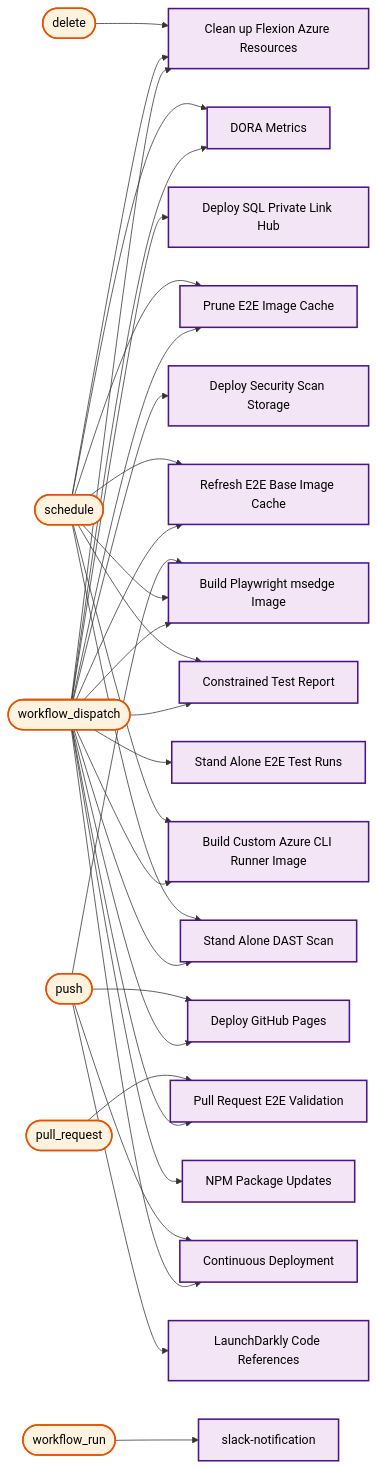
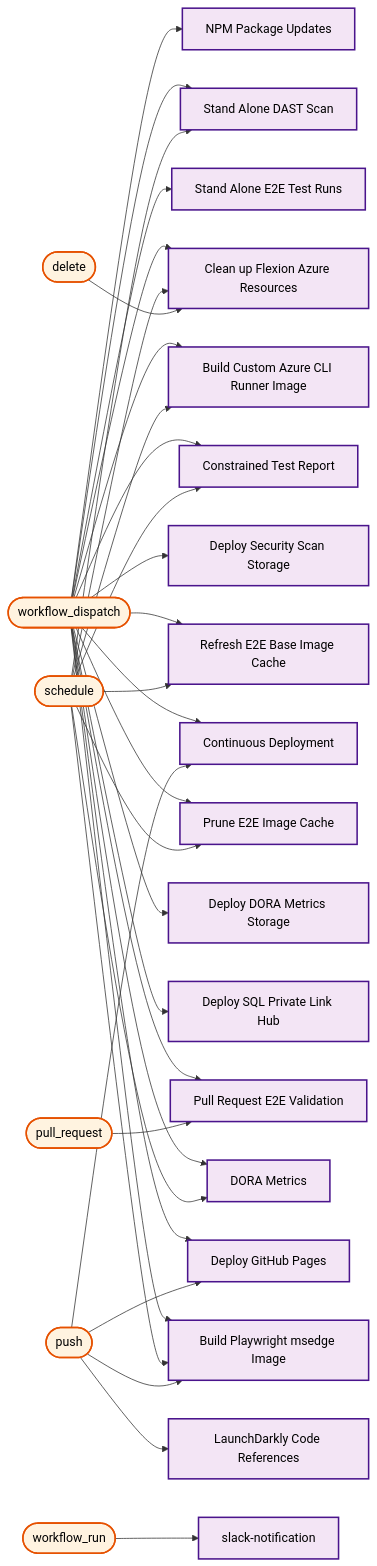
Diagram 28 of 28 in docs/operations/workflow-diagram.md (US-Trustee-Program/Bankruptcy-Oversight-Support-Systems), drawn with Mermaid before and after one commit. The commit also changed other lines of this file and 1 other file, not shown here.

```diff
--- a/docs/operations/workflow-diagram.md
+++ b/docs/operations/workflow-diagram.md
@@ -1383,6 +1406,7 @@
 flowchart LR
     trigger_workflow_dispatch(["workflow_dispatch"])
     deploy_sql_hub_yml["Deploy SQL Private Link Hub"]
+    deploy_dora_metrics_storage_yml["Deploy DORA Metrics Storage"]
     build_playwright_msedge_image_yml["Build Playwright msedge Image"]
     deploy_security_scan_storage_yml["Deploy Security Scan Storage"]
     dora_metrics_yml["DORA Metrics"]
@@ -1419,6 +1443,7 @@
     slack_notification_yml["slack-notification"]
 
     trigger_workflow_dispatch --> deploy_sql_hub_yml
+    trigger_workflow_dispatch --> deploy_dora_metrics_storage_yml
     trigger_workflow_dispatch --> build_playwright_msedge_image_yml
     trigger_workflow_dispatch --> deploy_security_scan_storage_yml
     trigger_workflow_dispatch --> dora_metrics_yml
@@ -1459,6 +1484,7 @@
     class trigger_pull_request trigger
     class trigger_workflow_run trigger
     class deploy_sql_hub_yml mainWorkflow
+    class deploy_dora_metrics_storage_yml mainWorkflow
     class build_playwright_msedge_image_yml mainWorkflow
     class deploy_security_scan_storage_yml mainWorkflow
     class dora_metrics_yml mainWorkflow
```
